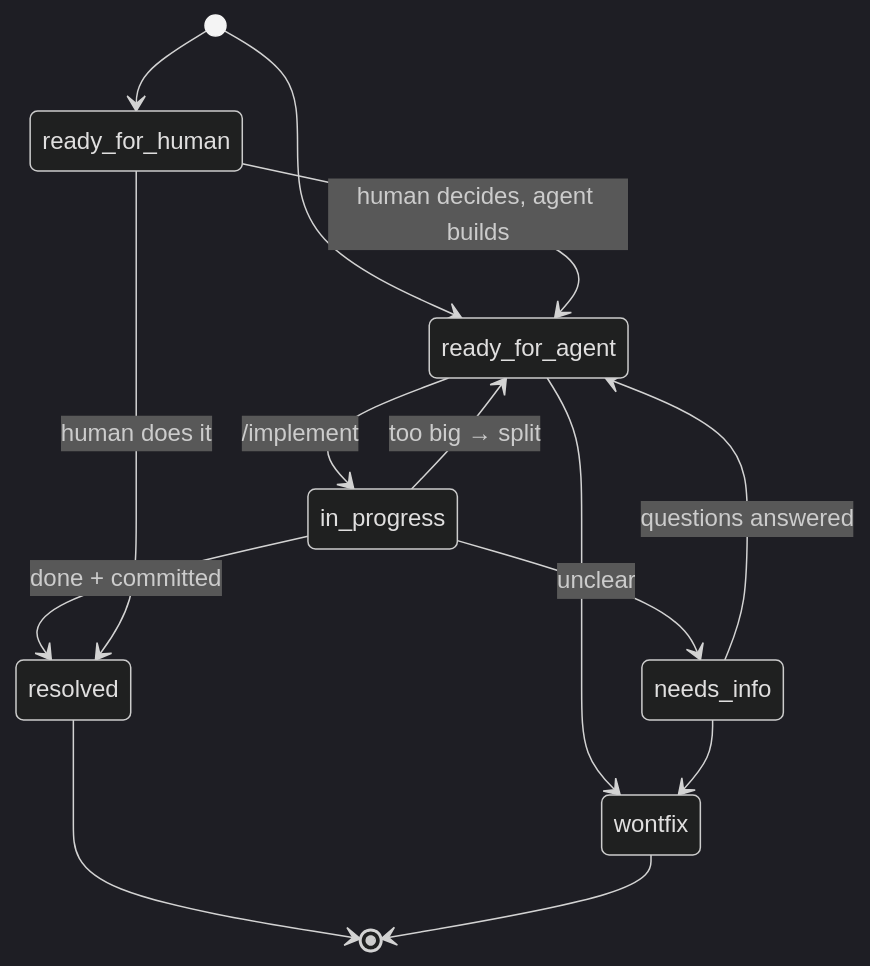
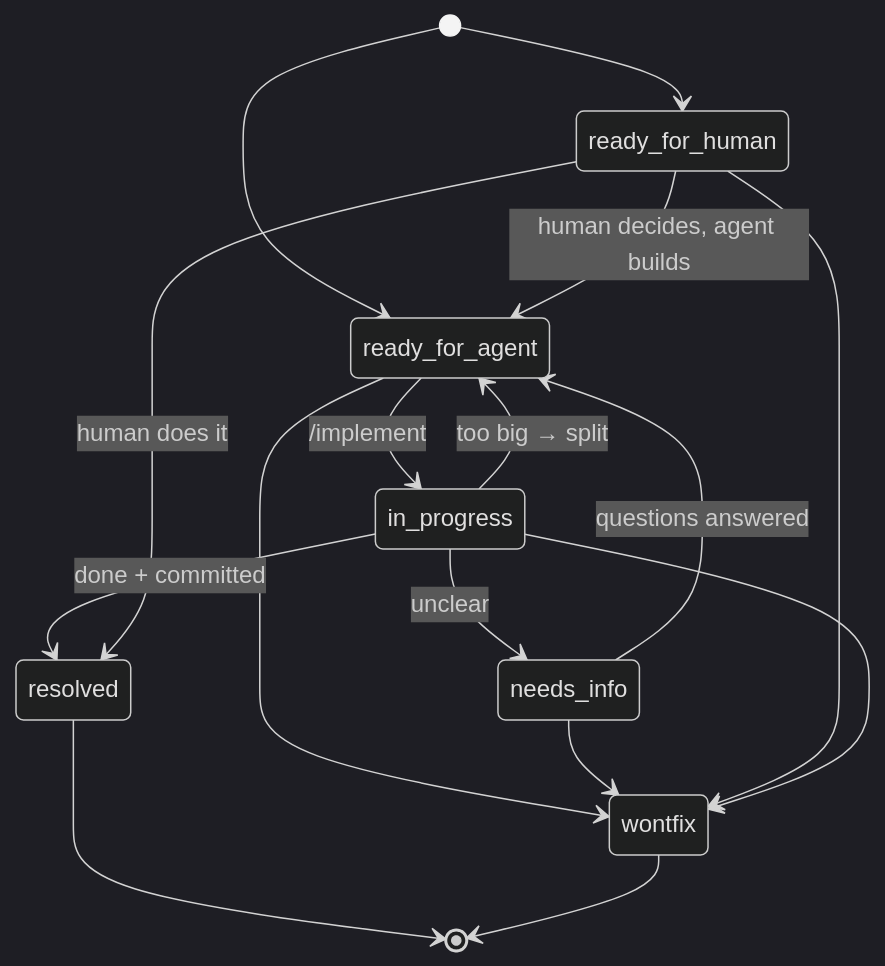
The diagram in plugins/odhyp/templates/TICKET-FORMAT.md (odhyp/skills), drawn with Mermaid (dark theme) before and after one commit. The commit also changed other lines of this file and 6 other files, not shown here.

````diff
--- a/plugins/odhyp/templates/TICKET-FORMAT.md
+++ b/plugins/odhyp/templates/TICKET-FORMAT.md
@@ -65,16 +65,18 @@
 ```mermaid
 stateDiagram-v2
     [*] --> ready_for_agent
     [*] --> ready_for_human
     ready_for_agent --> in_progress: /implement
     in_progress --> resolved: done + committed
     in_progress --> needs_info: unclear
     in_progress --> ready_for_agent: too big → split
     needs_info --> ready_for_agent: questions answered
     ready_for_human --> resolved: human does it
     ready_for_human --> ready_for_agent: human decides, agent builds
     ready_for_agent --> wontfix
     needs_info --> wontfix
+    ready_for_human --> wontfix
+    in_progress --> wontfix
     resolved --> [*]
     wontfix --> [*]
 ```
````
